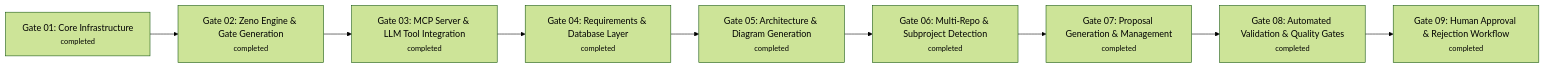
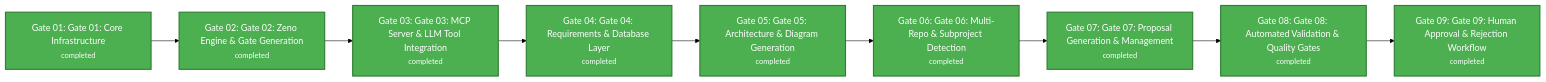
Before and after one commit to Duccci/Zenos-Planner: the diagram in zeno/architecture/gate-roadmap.md, drawn with Mermaid (forest theme). The commit also changed 10 other files, not shown here.

````diff
--- a/zeno/architecture/gate-roadmap.md
+++ b/zeno/architecture/gate-roadmap.md
@@ -1,24 +1,26 @@
 ```mermaid
 graph LR
-    G1["Gate 01: Core Infrastructure<br/><small>completed</small>"]
-    G2["Gate 02: Zeno Engine & Gate Generation<br/><small>completed</small>"]
-    G3["Gate 03: MCP Server & LLM Tool Integration<br/><small>completed</small>"]
-    G4["Gate 04: Requirements & Database Layer<br/><small>completed</small>"]
-    G5["Gate 05: Architecture & Diagram Generation<br/><small>completed</small>"]
-    G6["Gate 06: Multi-Repo & Subproject Detection<br/><small>completed</small>"]
-    G7["Gate 07: Proposal Generation & Management<br/><small>completed</small>"]
-    G8["Gate 08: Automated Validation & Quality Gates<br/><small>completed</small>"]
-    G9["Gate 09: Human Approval & Rejection Workflow<br/><small>completed</small>"]
+    G1["Gate 01: Gate 01: Core Infrastructure<br/><small>completed</small>"]
+    G2["Gate 02: Gate 02: Zeno Engine & Gate Generation<br/><small>completed</small>"]
+    G3["Gate 03: Gate 03: MCP Server & LLM Tool Integration<br/><small>completed</small>"]
+    G4["Gate 04: Gate 04: Requirements & Database Layer<br/><small>completed</small>"]
+    G5["Gate 05: Gate 05: Architecture & Diagram Generation<br/><small>completed</small>"]
+    G6["Gate 06: Gate 06: Multi-Repo & Subproject Detection<br/><small>completed</small>"]
+    G7["Gate 07: Gate 07: Proposal Generation & Management<br/><small>completed</small>"]
+    G8["Gate 08: Gate 08: Automated Validation & Quality Gates<br/><small>completed</small>"]
+    G9["Gate 09: Gate 09: Human Approval & Rejection Workflow<br/><small>completed</small>"]
     G1 --> G2
     G2 --> G3
     G3 --> G4
     G4 --> G5
     G5 --> G6
     G6 --> G7
     G7 --> G8
     G8 --> G9
 
+    class G1,G2,G3,G4,G5,G6,G7,G8,G9 completed
+
     classDef pending fill:#4A90E2,stroke:#2E5C8A,stroke-width:2px,color:#fff
     classDef in_progress fill:#FFC107,stroke:#F57F17,stroke-width:2px,color:#000
     classDef completed fill:#4CAF50,stroke:#2E7D32,stroke-width:2px,color:#fff
 ```
````
